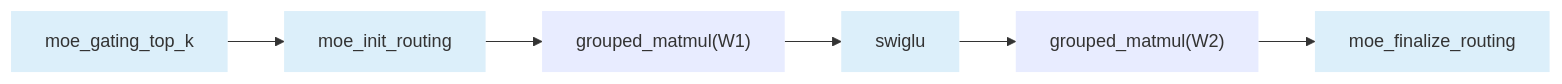
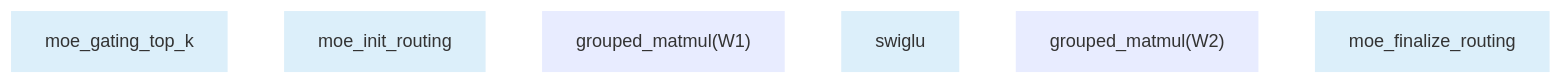
One commit to ChunnX/ops-transformer changed the diagram in gmm/grouped_matmul/README.md. Above: the diagram before and after it, drawn with Mermaid.

Commit message:
Mermaid流程图背景设为透明

````diff
--- a/gmm/grouped_matmul/README.md
+++ b/gmm/grouped_matmul/README.md
@@ -14,14 +14,15 @@
 ```mermaid
+%%{init: {'theme': 'base', 'themeVariables': {'background': 'transparent'}}}%%
 graph LR
     B["moe_gating_top_k"] --> C["moe_init_routing"]
     C --> D["grouped_matmul(W1)"]
     D --> E["swiglu"]
     E --> F["grouped_matmul(W2)"]
     F --> G["moe_finalize_routing"]
 
     classDef gmm fill:#E8ECFF,stroke:none,color:#333;
     classDef other fill:#DCEFFA,stroke:none,color:#333;
 
     class D,F gmm;
     class B,C,E,G other;
 ```
````
